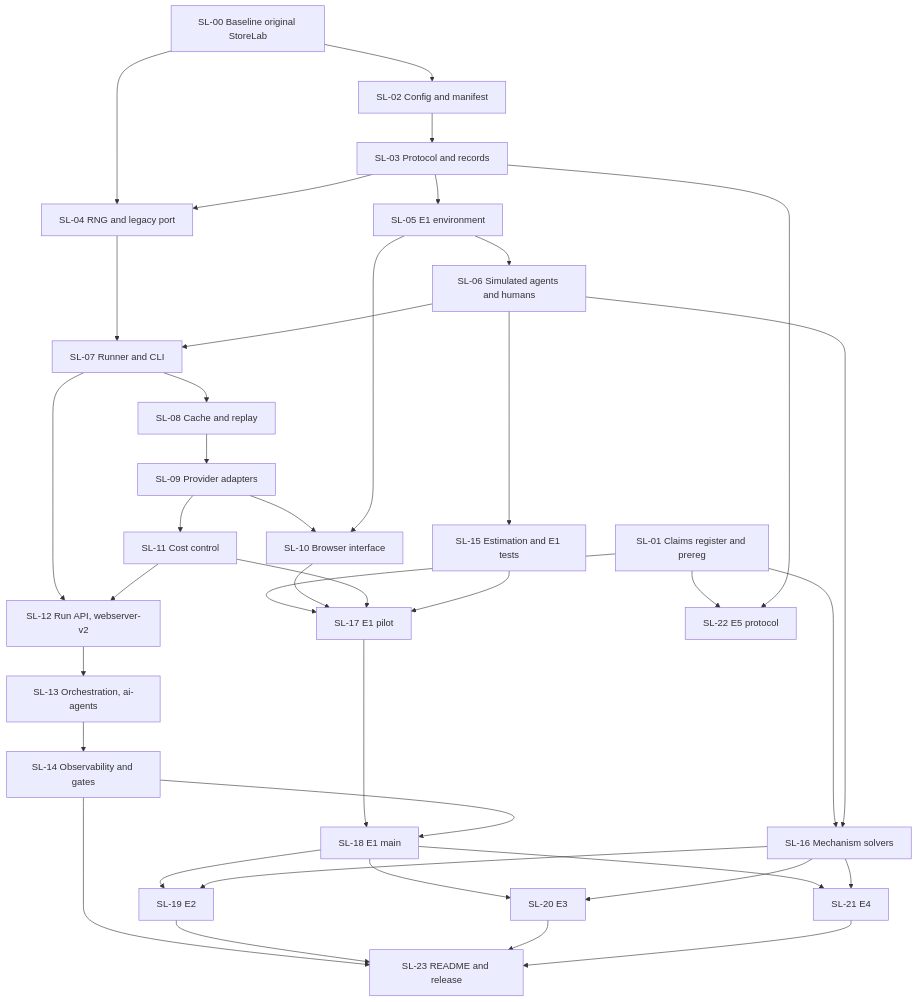
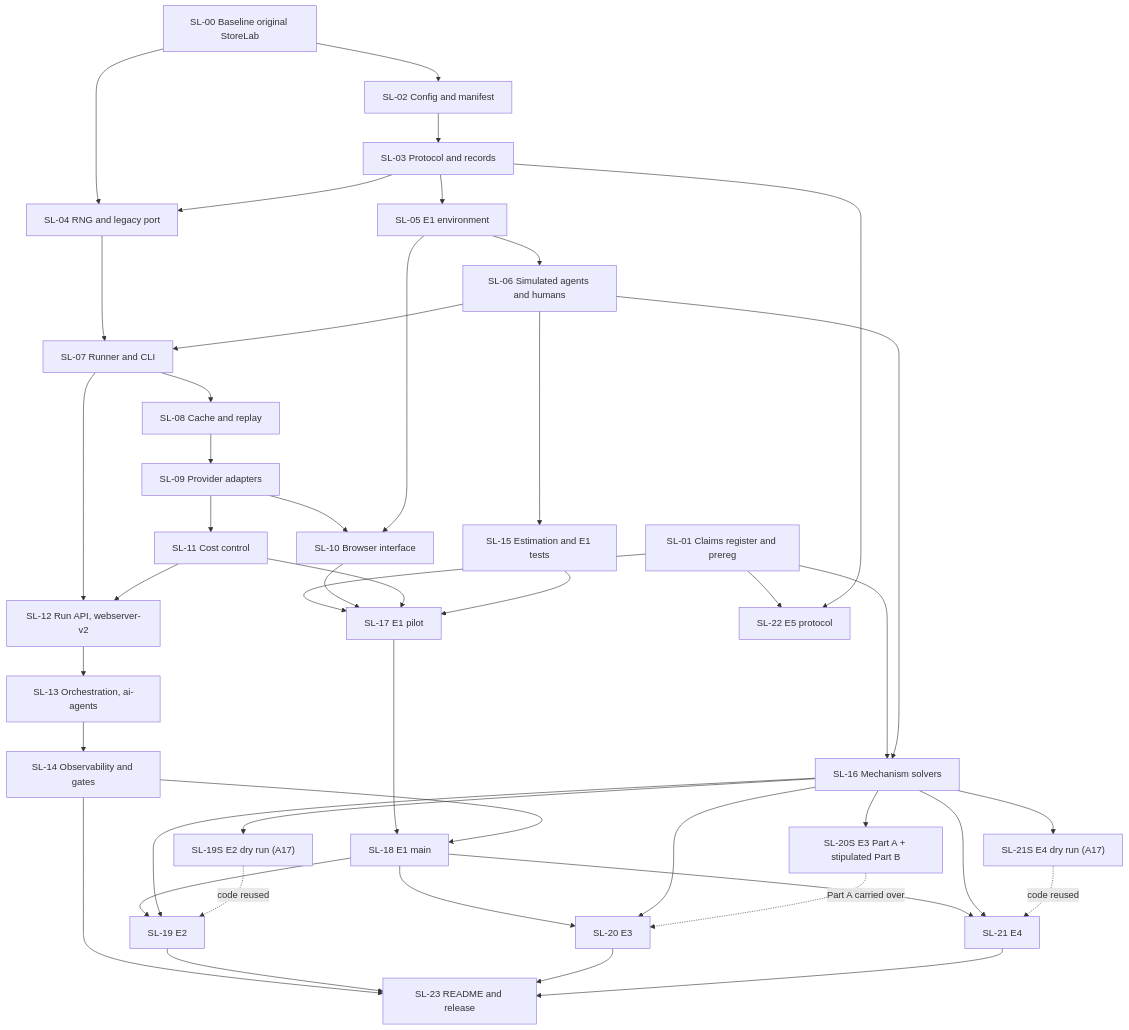
The third of 3 diagrams in tickets.md (WilliamDHN289/Agentic_Advertising), drawn with Mermaid before and after one commit. The commit also changed other lines of this file and 1 other file, not shown here.

````diff
--- a/tickets.md
+++ b/tickets.md
@@ -268,41 +268,47 @@
 ```mermaid
 flowchart TD
   SL00["SL-00 Baseline original StoreLab"] --> SL02["SL-02 Config and manifest"]
   SL02 --> SL03["SL-03 Protocol and records"]
   SL00 --> SL04["SL-04 RNG and legacy port"]
   SL03 --> SL04
   SL03 --> SL05["SL-05 E1 environment"]
   SL05 --> SL06["SL-06 Simulated agents and humans"]
   SL04 --> SL07["SL-07 Runner and CLI"]
   SL06 --> SL07
   SL07 --> SL08["SL-08 Cache and replay"]
   SL08 --> SL09["SL-09 Provider adapters"]
   SL09 --> SL10["SL-10 Browser interface"]
   SL05 --> SL10
   SL09 --> SL11["SL-11 Cost control"]
   SL07 --> SL12["SL-12 Run API, webserver-v2"]
   SL11 --> SL12
   SL12 --> SL13["SL-13 Orchestration, ai-agents"]
   SL13 --> SL14["SL-14 Observability and gates"]
   SL06 --> SL15["SL-15 Estimation and E1 tests"]
   SL01["SL-01 Claims register and prereg"] --> SL16["SL-16 Mechanism solvers"]
   SL06 --> SL16
   SL01 --> SL17["SL-17 E1 pilot"]
   SL10 --> SL17
   SL11 --> SL17
   SL15 --> SL17
   SL17 --> SL18["SL-18 E1 main"]
   SL14 --> SL18
   SL18 --> SL19["SL-19 E2"]
   SL18 --> SL20["SL-20 E3"]
   SL18 --> SL21["SL-21 E4"]
   SL16 --> SL19
   SL16 --> SL20
   SL16 --> SL21
+  SL16 --> SL19S["SL-19S E2 dry run (A17)"]
+  SL16 --> SL20S["SL-20S E3 Part A + stipulated Part B"]
+  SL16 --> SL21S["SL-21S E4 dry run (A17)"]
+  SL19S -.->|"code reused"| SL19
+  SL20S -.->|"Part A carried over"| SL20
+  SL21S -.->|"code reused"| SL21
   SL01 --> SL22["SL-22 E5 protocol"]
   SL03 --> SL22
   SL14 --> SL23["SL-23 README and release"]
   SL19 --> SL23
   SL20 --> SL23
   SL21 --> SL23
 ```
````
